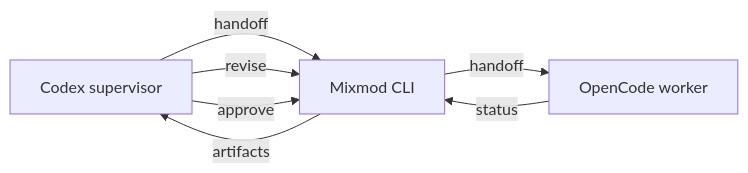
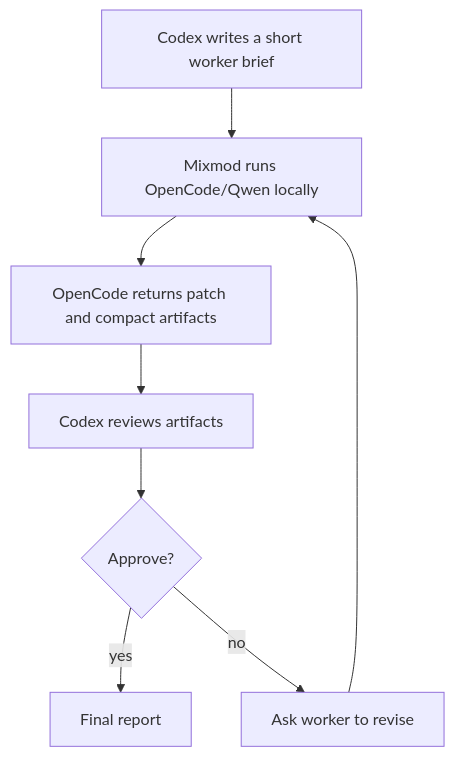
Before and after one commit to rndhouse/mixmod: the diagram in README.md, drawn with Mermaid.

Commit message:
Clarify README workflow diagram
Show the Codex review loop as a step-by-step workflow.

````diff
--- a/README.md
+++ b/README.md
@@ -13,9 +13,14 @@
 ```mermaid
-flowchart LR
-    Codex[Codex supervisor] -->|handoff| Mixmod[Mixmod CLI]
-    Mixmod -->|handoff| OpenCode[OpenCode worker]
-    OpenCode -->|status| Mixmod
-    Mixmod -->|artifacts| Codex
-    Codex -->|revise| Mixmod
-    Codex -->|approve| Mixmod
+flowchart TD
+    A[Codex writes a short worker brief]
+    B[Mixmod runs OpenCode/Qwen locally]
+    C[OpenCode returns patch and compact artifacts]
+    D[Codex reviews artifacts]
+    E{Approve?}
+    F[Final report]
+    G[Ask worker to revise]
+
+    A --> B --> C --> D --> E
+    E -->|yes| F
+    E -->|no| G --> B
 ```
````
